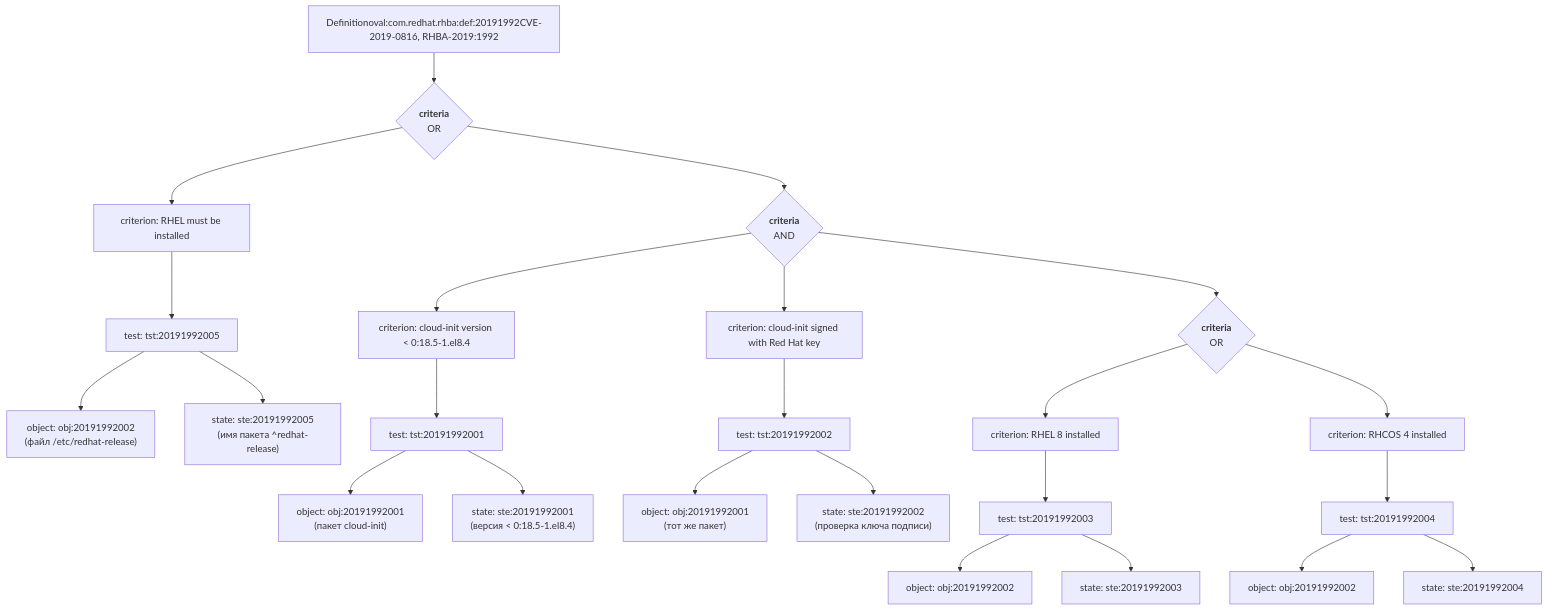
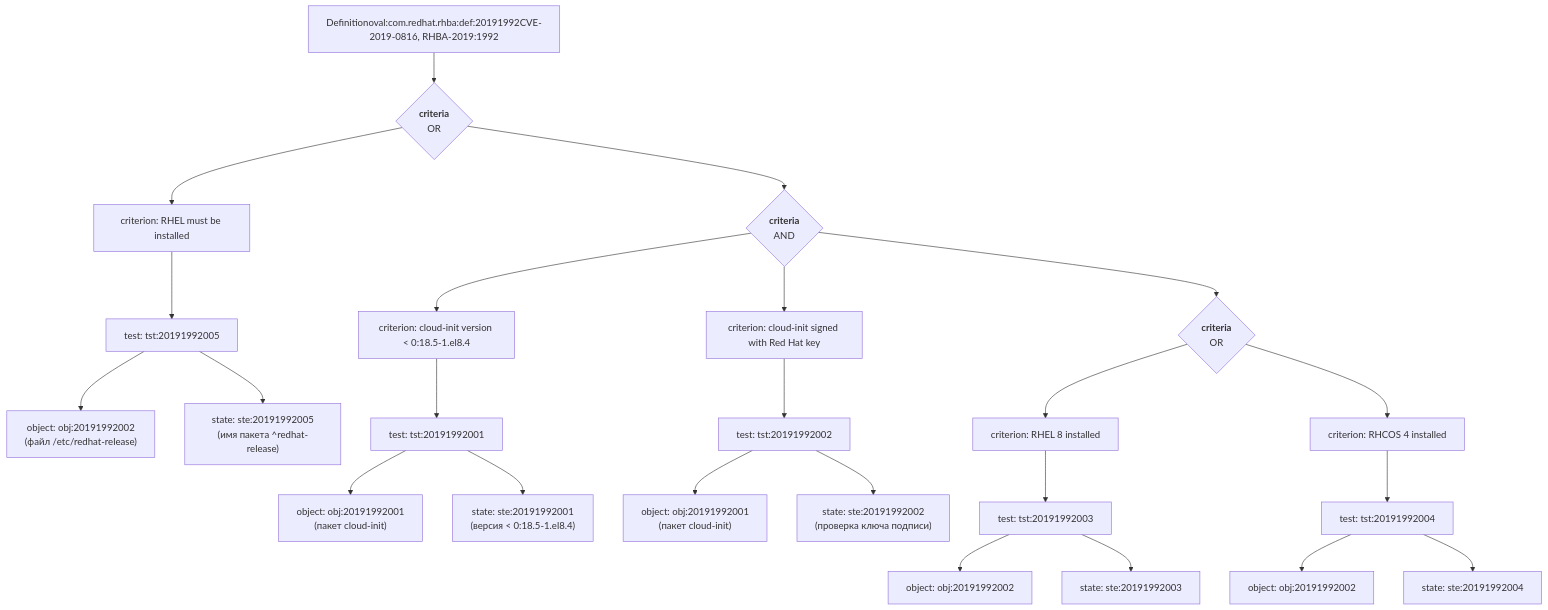
The diagram in Задание №1.md (ResctD/VM_test), drawn with Mermaid before and after one commit. The commit also changed other lines of this file, not shown here.

````diff
--- a/Задание №1.md
+++ b/Задание №1.md
@@ -27,71 +27,71 @@
 ```mermaid
 flowchart TD
 
     Def[Definitionoval:com.redhat.rhba:def:20191992CVE-2019-0816, RHBA-2019:1992]
 
   
 
     Def --> OR1{<b>criteria</b><br/>OR}
 
   
 
     %% Первая ветвь OR
 
     OR1 --> C1["criterion: RHEL must be installed"]
 
     C1 --> T1["test: tst:20191992005"]
 
     T1 --> O1["object: obj:20191992002<br/>(файл /etc/redhat-release)"]
 
     T1 --> S1["state: ste:20191992005<br/>(имя пакета ^redhat-release)"]
 
   
 
     %% Вторая ветвь OR – вложенный AND
 
     OR1 --> AND1{<b>criteria</b><br/>AND}
 
   
 
     AND1 --> C2["criterion: cloud-init version < 0:18.5-1.el8.4"]
 
     C2 --> T2["test: tst:20191992001"]
 
     T2 --> O2["object: obj:20191992001<br/>(пакет cloud-init)"]
 
     T2 --> S2["state: ste:20191992001<br/>(версия < 0:18.5-1.el8.4)"]
 
   
 
     AND1 --> C3["criterion: cloud-init signed with Red Hat key"]
 
     C3 --> T3["test: tst:20191992002"]
 
-    T3 --> O3["object: obj:20191992001<br/>(тот же пакет)"]
+    T3 --> O3["object: obj:20191992001<br/>(пакет cloud-init)"]
 
     T3 --> S3["state: ste:20191992002<br/>(проверка ключа подписи)"]
 
   
 
     AND1 --> OR2{<b>criteria</b><br/>OR}
 
   
 
     OR2 --> C4["criterion: RHEL 8 installed"]
 
     C4 --> T4["test: tst:20191992003"]
 
     T4 --> O4["object: obj:20191992002"]
 
     T4 --> S4["state: ste:20191992003"]
 
   
 
     OR2 --> C5["criterion: RHCOS 4 installed"]
 
     C5 --> T5["test: tst:20191992004"]
 
     T5 --> O5["object: obj:20191992002"]
 
     T5 --> S5["state: ste:20191992004"]
 ```
````
